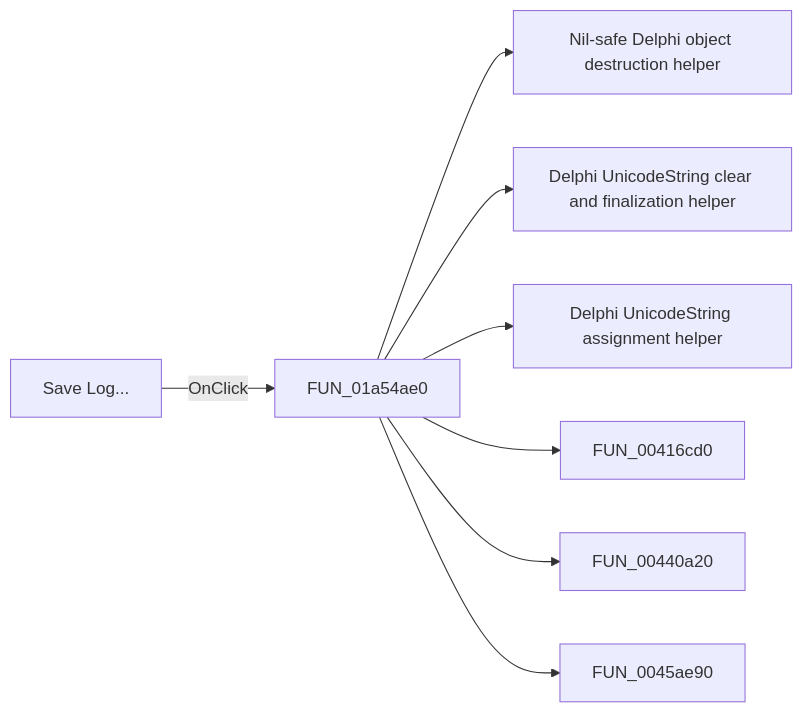
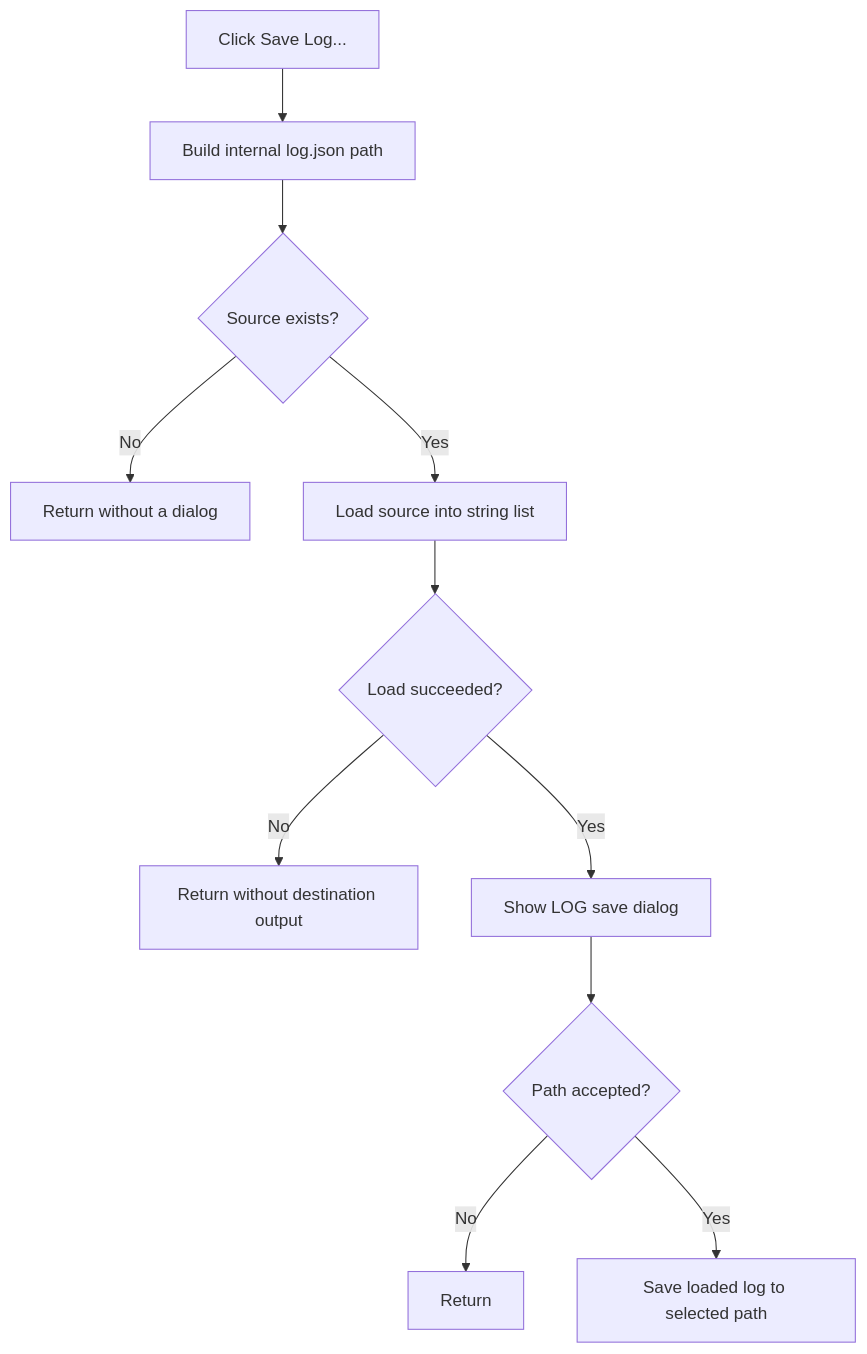
Before and after one commit to MovGP0/TIARA: the diagram in docs/ui-controls/localllmform/mnsavelog-220d29934a.md, drawn with Mermaid. The commit also changed other lines of this file and 1062 other files, not shown here.

````diff
--- a/docs/ui-controls/localllmform/mnsavelog-220d29934a.md
+++ b/docs/ui-controls/localllmform/mnsavelog-220d29934a.md
@@ -27,10 +29,13 @@
 ```mermaid
-flowchart LR
-    control["Save Log..."] -->|OnClick| handler["FUN_01a54ae0"]
-    handler --> call1["Nil-safe Delphi object destruction helper"]
-    handler --> call2["Delphi UnicodeString clear and finalization helper"]
-    handler --> call3["Delphi UnicodeString assignment helper"]
-    handler --> call4["FUN_00416cd0"]
-    handler --> call5["FUN_00440a20"]
-    handler --> call6["FUN_0045ae90"]
+flowchart TD
+    control["Click Save Log..."] --> path["Build internal log.json path"]
+    path --> exists{"Source exists?"}
+    exists -->|No| noop["Return without a dialog"]
+    exists -->|Yes| load["Load source into string list"]
+    load --> loaded{"Load succeeded?"}
+    loaded -->|No| stop["Return without destination output"]
+    loaded -->|Yes| dialog["Show LOG save dialog"]
+    dialog --> accepted{"Path accepted?"}
+    accepted -->|No| cancel["Return"]
+    accepted -->|Yes| write["Save loaded log to selected path"]
 ```
````
